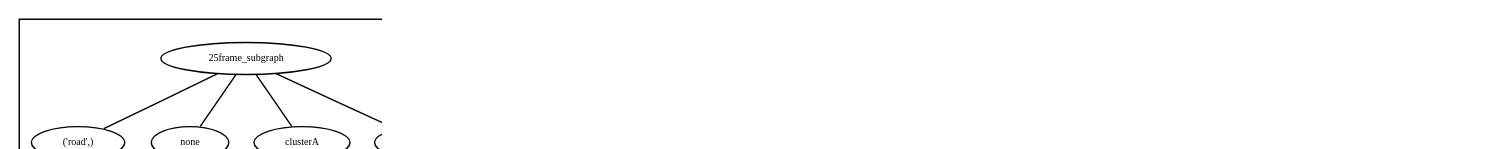
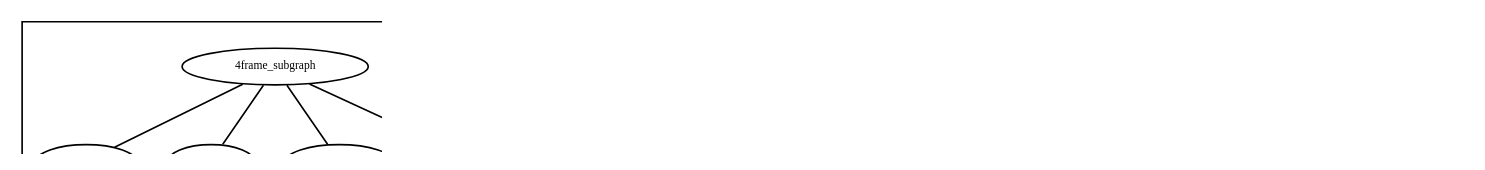
One commit to ihaeyong/drama-graph changed the diagram in jupyter/fdpclust.gv. Above: the diagram before and after it, drawn with Graphviz. The commit also changed 4 other files, not shown here.

Commit message:
graph update

```diff
--- a/jupyter/fdpclust.gv
+++ b/jupyter/fdpclust.gv
@@ -1,38 +1,38 @@
 graph G {
 	graph [dpi=300 rankdir=TB rotate=0 size="5,5"]
 	node [fontsize=7 height=0.1]
 	edge [fontsize=7]
-	"25frame_subgraph"
-	subgraph clusterZ {
-		"('road',)"
+	"4frame_subgraph"
+	subgraph clusterE {
+		kitchen
 		none
-		"25frame_subgraph" -- "('road',)"
-		"25frame_subgraph" -- none
+		"4frame_subgraph" -- kitchen
+		"4frame_subgraph" -- none
 		subgraph clusterA {
 			graph [dpi=600 rankdir=TB rotate=0 size=1]
 			node [fontsize=7 height=0.05]
 			edge [fontsize=7]
-			"id0_('Heeran',)"
-			"bhvr0_('stand up',)"
-			"pred0_('',)"
-			"emt0_('Neutral',)"
-			"id0_('Heeran',)" -- "bhvr0_('stand up',)"
-			"id0_('Heeran',)" -- "pred0_('',)"
-			"id0_('Heeran',)" -- "emt0_('Neutral',)"
+			id0_Jeongsuk
+			bhvr0_cook
+			pred0_
+			emt0_Happiness
+			id0_Jeongsuk -- bhvr0_cook
+			id0_Jeongsuk -- pred0_
+			id0_Jeongsuk -- emt0_Happiness
 		}
-		"25frame_subgraph" -- clusterA
+		"4frame_subgraph" -- clusterA
 		subgraph clusterB {
 			graph [dpi=600 rankdir=TB rotate=0 size=1]
 			node [fontsize=7 height=0.05]
 			edge [fontsize=7]
-			"id1_('Haeyoung1',)"
-			"bhvr1_('stand up',)"
-			"pred1_('',)"
-			"emt1_('Happiness',)"
-			"id1_('Haeyoung1',)" -- "bhvr1_('stand up',)"
-			"id1_('Haeyoung1',)" -- "pred1_('',)"
-			"id1_('Haeyoung1',)" -- "emt1_('Happiness',)"
+			id1_Deogi
+			bhvr1_cook
+			pred1_
+			emt1_Happiness
+			id1_Deogi -- bhvr1_cook
+			id1_Deogi -- pred1_
+			id1_Deogi -- emt1_Happiness
 		}
-		"25frame_subgraph" -- clusterB
+		"4frame_subgraph" -- clusterB
 	}
 }
```
